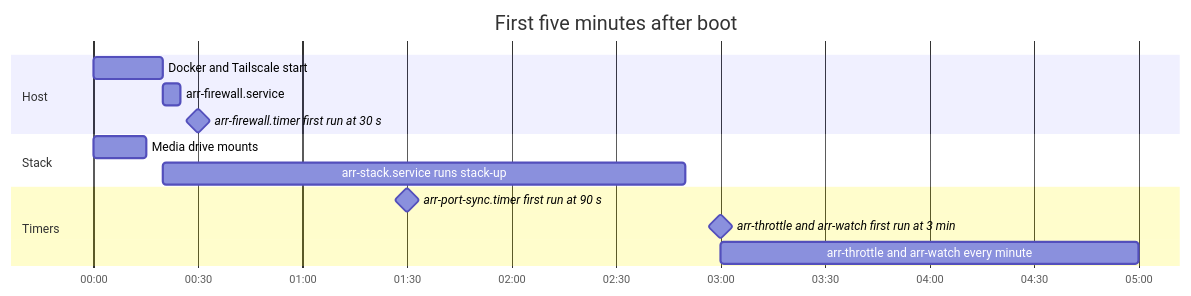
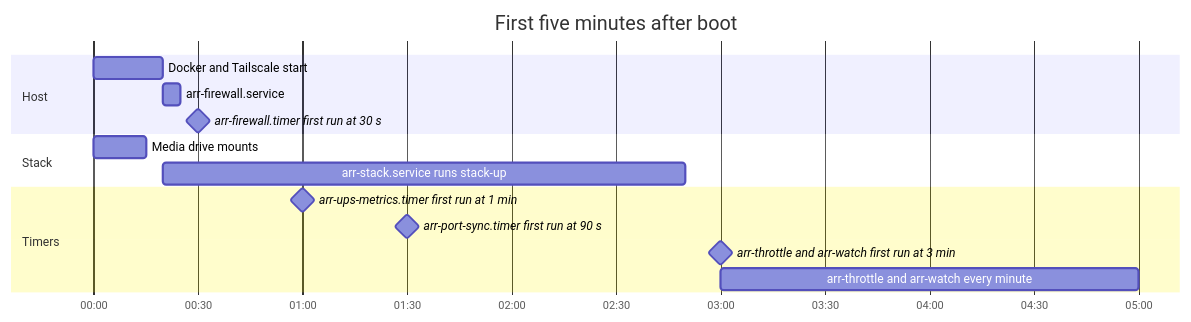
The second of 2 diagrams in docs/reference/systemd.md (bugrauluyurt/homelab-media-stack), drawn with Mermaid before and after one commit. The commit also changed other lines of this file and 36 other files, not shown here.

````diff
--- a/docs/reference/systemd.md
+++ b/docs/reference/systemd.md
@@ -50,17 +54,18 @@
 ```mermaid
 gantt
   title First five minutes after boot
   dateFormat mm:ss
   axisFormat %M:%S
   section Host
   Docker and Tailscale start          :host, 00:00, 20s
   arr-firewall.service                :fw, after host, 5s
   arr-firewall.timer first run at 30 s :milestone, 00:30, 0s
   section Stack
   Media drive mounts                  :mnt, 00:00, 15s
   arr-stack.service runs stack-up     :stack, after host, 150s
   section Timers
+  arr-ups-metrics.timer first run at 1 min :milestone, 01:00, 0s
   arr-port-sync.timer first run at 90 s :milestone, 01:30, 0s
   arr-throttle and arr-watch first run at 3 min :milestone, 03:00, 0s
   arr-throttle and arr-watch every minute :03:00, 120s
 ```
````
